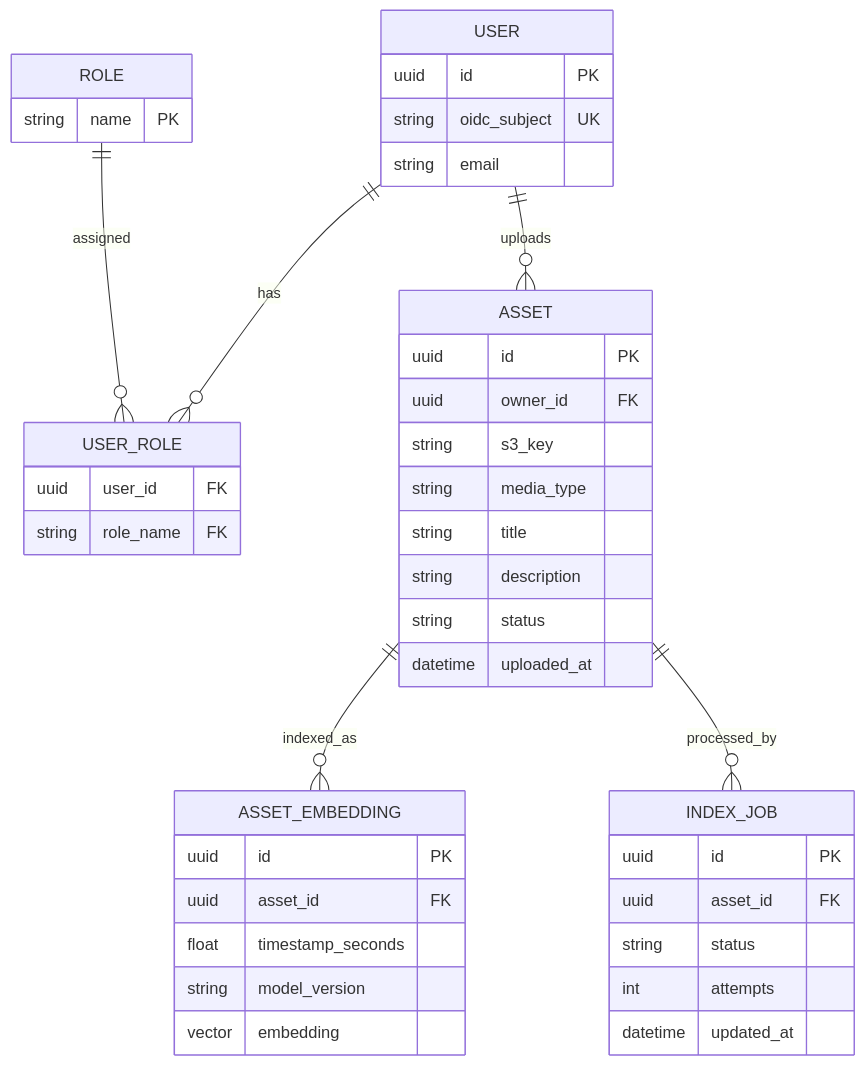
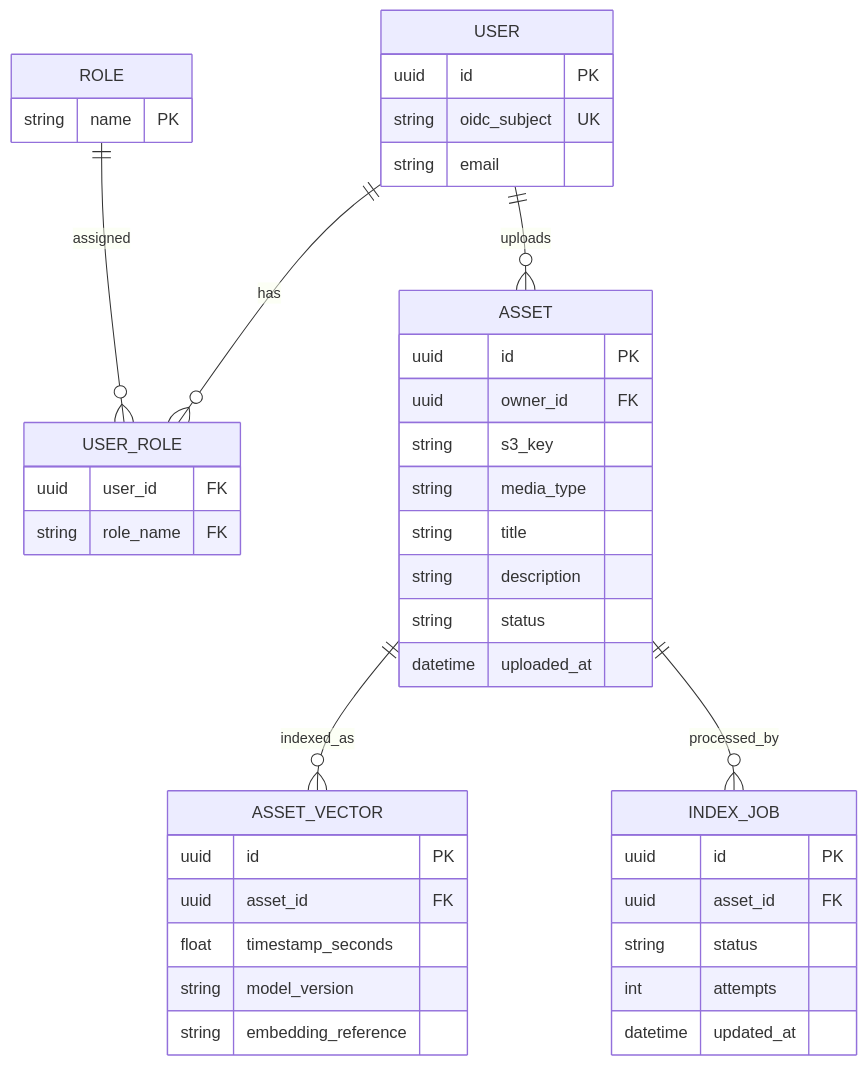
The seventh of 7 diagrams in docs/design/NATGEO_STAKEHOLDER_DESIGN.md (mathewpius19/Media-Mesh), drawn with Mermaid before and after one commit. The commit also changed other lines of this file, not shown here.

````diff
--- a/docs/design/NATGEO_STAKEHOLDER_DESIGN.md
+++ b/docs/design/NATGEO_STAKEHOLDER_DESIGN.md
@@ -264,44 +267,44 @@
 ```mermaid
 erDiagram
     USER ||--o{ USER_ROLE : has
     ROLE ||--o{ USER_ROLE : assigned
     USER ||--o{ ASSET : uploads
-    ASSET ||--o{ ASSET_EMBEDDING : indexed_as
+    ASSET ||--o{ ASSET_VECTOR : indexed_as
     ASSET ||--o{ INDEX_JOB : processed_by
     USER {
         uuid id PK
         string oidc_subject UK
         string email
     }
     ROLE {
         string name PK
     }
     USER_ROLE {
         uuid user_id FK
         string role_name FK
     }
     ASSET {
         uuid id PK
         uuid owner_id FK
         string s3_key
         string media_type
         string title
         string description
         string status
         datetime uploaded_at
     }
-    ASSET_EMBEDDING {
+    ASSET_VECTOR {
         uuid id PK
         uuid asset_id FK
         float timestamp_seconds
         string model_version
-        vector embedding
+        string embedding_reference
     }
     INDEX_JOB {
         uuid id PK
         uuid asset_id FK
         string status
         int attempts
         datetime updated_at
     }
 ```
````
